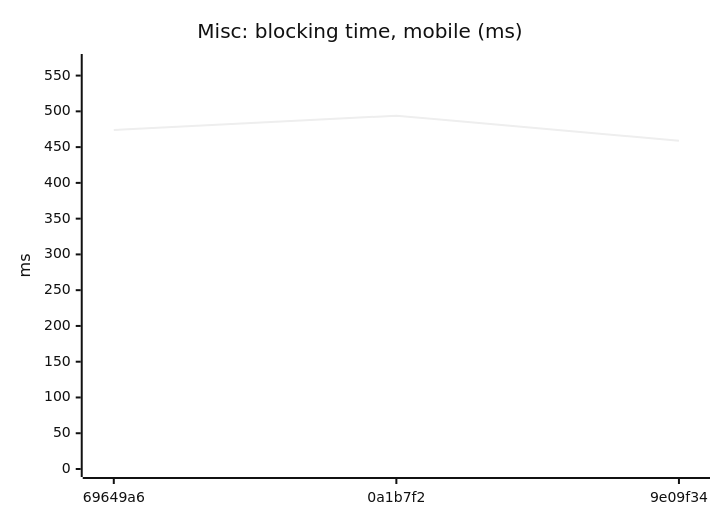
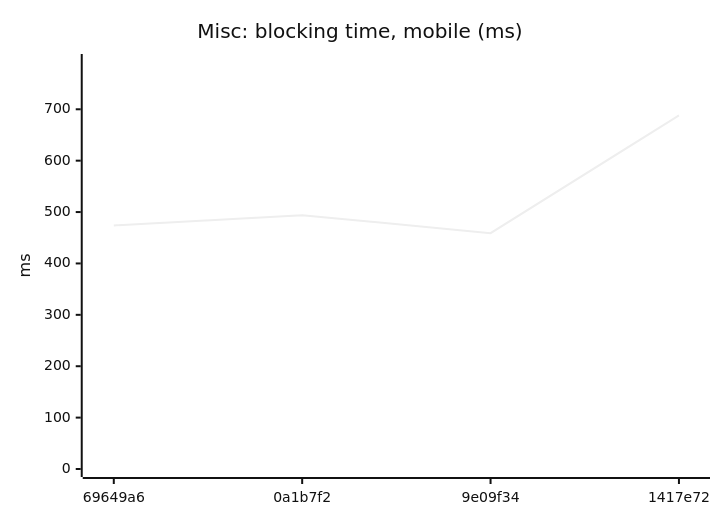
One commit to AxelUser/maltsev.space changed the eighth of 18 diagrams in README.md. Above: the diagram before and after it, drawn with Mermaid (neutral theme). The commit also changed other lines of this file and 1 other file, not shown here.

````diff
--- a/README.md
+++ b/README.md
@@ -97,7 +97,7 @@
 ```mermaid
 xychart-beta
   title "Misc: blocking time, mobile (ms)"
-  x-axis ["69649a6", "0a1b7f2", "9e09f34"]
-  y-axis "ms" 0 --> 569
-  line [474, 494, 459]
+  x-axis ["69649a6", "0a1b7f2", "9e09f34", "1417e72"]
+  y-axis "ms" 0 --> 792
+  line [474, 494, 459, 688]
 ```
````
